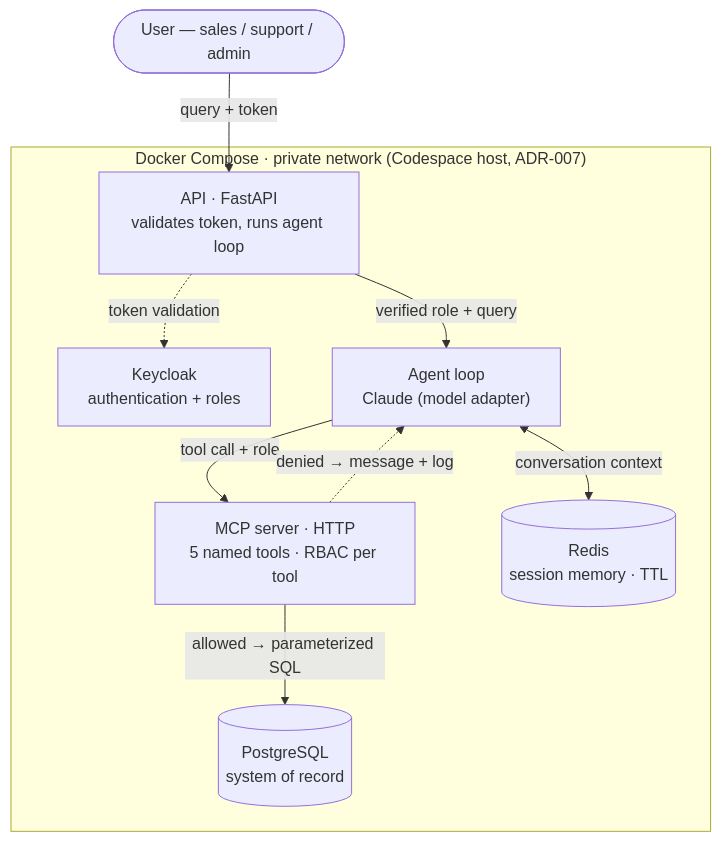
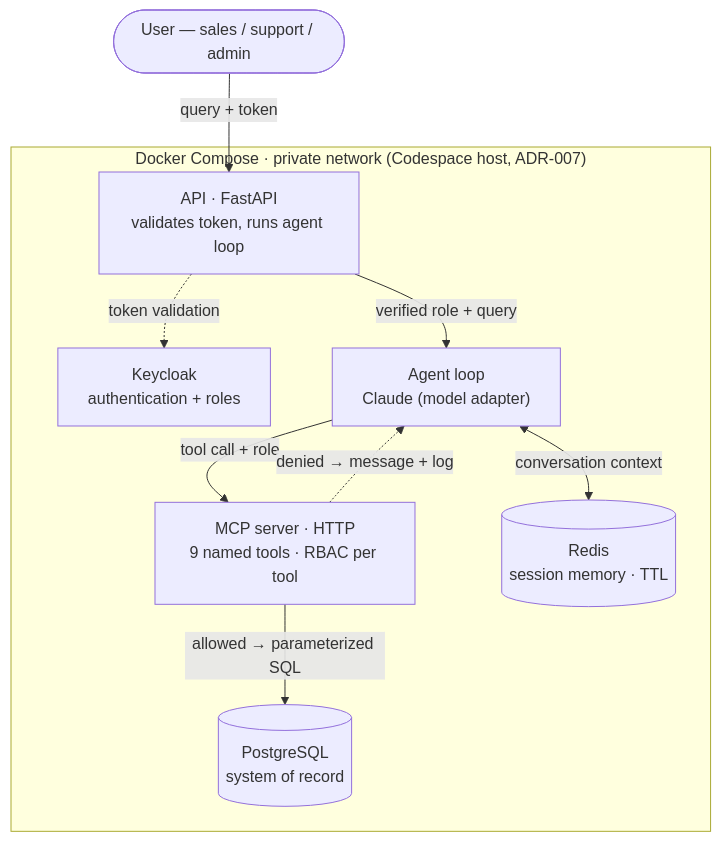
One commit to BenjaminIkpe/Vantage changed the diagram in Vantage-vault/04-Architecture.md. Above: the diagram before and after it, drawn with Mermaid. The commit also changed other lines of this file and 7 other files, not shown here.

````diff
--- a/Vantage-vault/04-Architecture.md
+++ b/Vantage-vault/04-Architecture.md
@@ -74,21 +74,21 @@
 ```mermaid
 flowchart TD
     User(["User — sales / support / admin"])
 
     subgraph Stack["Docker Compose · private network (Codespace host, ADR-007)"]
         API["API · FastAPI<br/>validates token, runs agent loop"]
         KC["Keycloak<br/>authentication + roles"]
         Loop["Agent loop<br/>Claude (model adapter)"]
-        MCP["MCP server · HTTP<br/>5 named tools · RBAC per tool"]
+        MCP["MCP server · HTTP<br/>9 named tools · RBAC per tool"]
         Redis[("Redis<br/>session memory · TTL")]
         PG[("PostgreSQL<br/>system of record")]
     end
 
     User -->|"query + token"| API
     API -.->|"token validation"| KC
     API -->|"verified role + query"| Loop
     Loop <-->|"conversation context"| Redis
     Loop -->|"tool call + role"| MCP
     MCP -->|"allowed → parameterized SQL"| PG
     MCP -.->|"denied → message + log"| Loop
 ```
````
